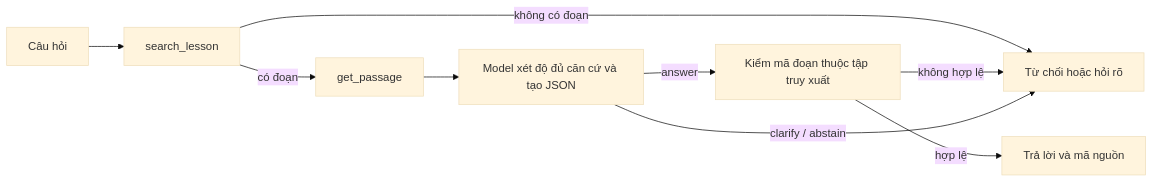
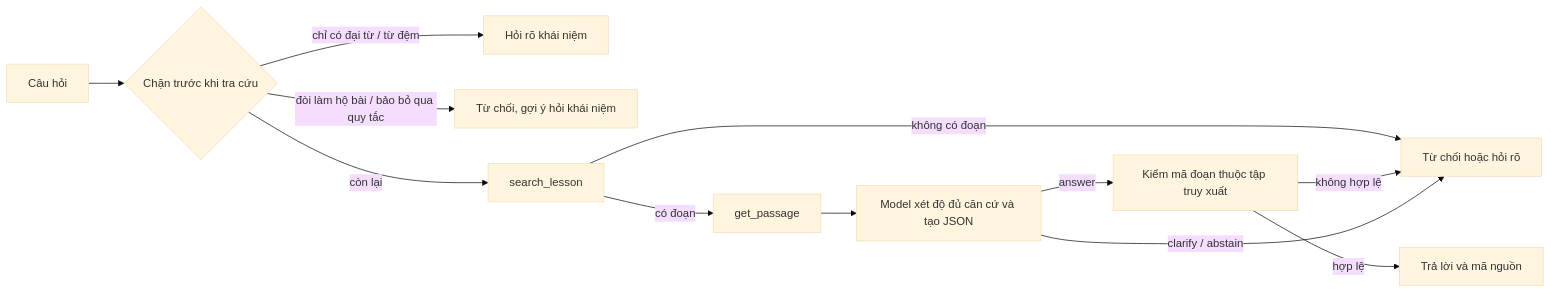
The diagram in spec.md (Thinh010705/K5-Day15-L3B-Alpha), drawn with Mermaid (base theme) before and after one commit. The commit also changed other lines of this file, not shown here.

First line of the commit message:
docs(spec): diagram matches agent.py pre-checks, §1 evidence numbers, header cleanup [CP2 · TV3]

````diff
--- a/spec.md
+++ b/spec.md
@@ -53,11 +53,14 @@
 ```mermaid
 flowchart LR
-  A[Câu hỏi] --> B[search_lesson]
+  A[Câu hỏi] --> P{Chặn trước khi tra cứu}
+  P -->|chỉ có đại từ / từ đệm| Q[Hỏi rõ khái niệm]
+  P -->|đòi làm hộ bài / bảo bỏ qua quy tắc| R[Từ chối, gợi ý hỏi khái niệm]
+  P -->|còn lại| B[search_lesson]
   B -->|không có đoạn| F[Từ chối hoặc hỏi rõ]
   B -->|có đoạn| C[get_passage]
   C --> D[Model xét độ đủ căn cứ và tạo JSON]
   D -->|answer| E[Kiểm mã đoạn thuộc tập truy xuất]
   E -->|hợp lệ| G[Trả lời và mã nguồn]
   E -->|không hợp lệ| F
   D -->|clarify / abstain| F
 ```
````
